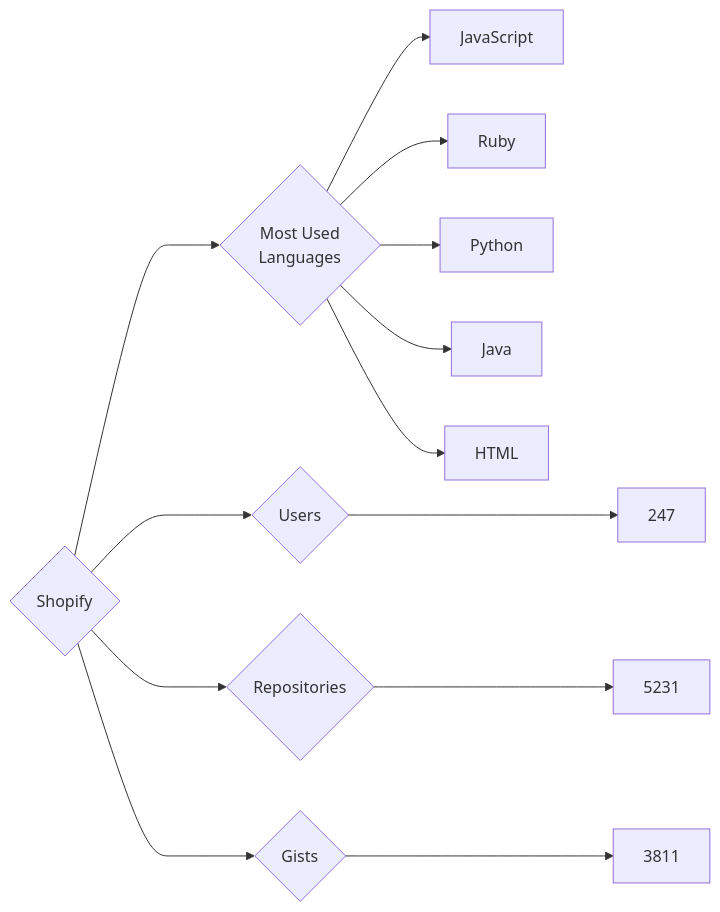
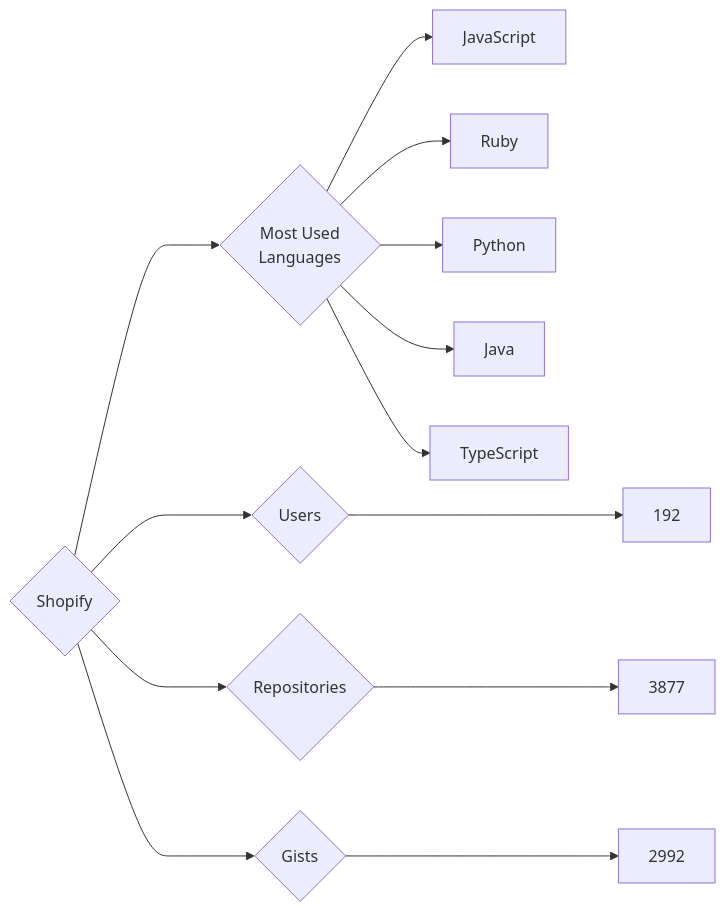
Before and after one commit to trickest/insiders: the diagram in targets/Shopify/README.md, drawn with Mermaid. The commit also changed 976 other files, not shown here.

````diff
--- a/targets/Shopify/README.md
+++ b/targets/Shopify/README.md
@@ -3,13 +3,13 @@
 ```mermaid
 graph LR
 COMPANY_NAME{Shopify}
-COMPANY_NAME ---> U{Users} ---> UN[247]
-COMPANY_NAME ---> R{Repositories} ---> RN[5231]
-COMPANY_NAME ---> G{Gists} ---> GN[3811]
+COMPANY_NAME ---> U{Users} ---> UN[192]
+COMPANY_NAME ---> R{Repositories} ---> RN[3877]
+COMPANY_NAME ---> G{Gists} ---> GN[2992]
 COMPANY_NAME ---> ML{Most Used<br>Languages}
 ML --> JavaScript[JavaScript]
 ML --> Ruby[Ruby]
 ML --> Python[Python]
 ML --> Java[Java]
-ML --> HTML[HTML]
+ML --> TypeScript[TypeScript]
 ```
````
